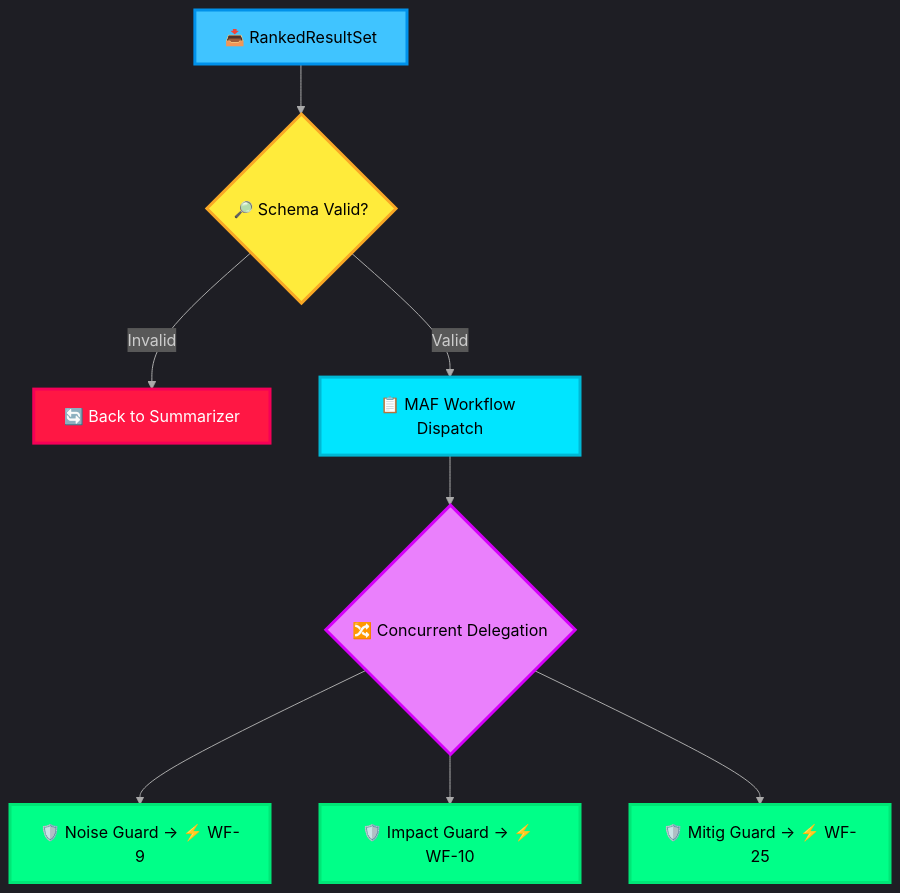
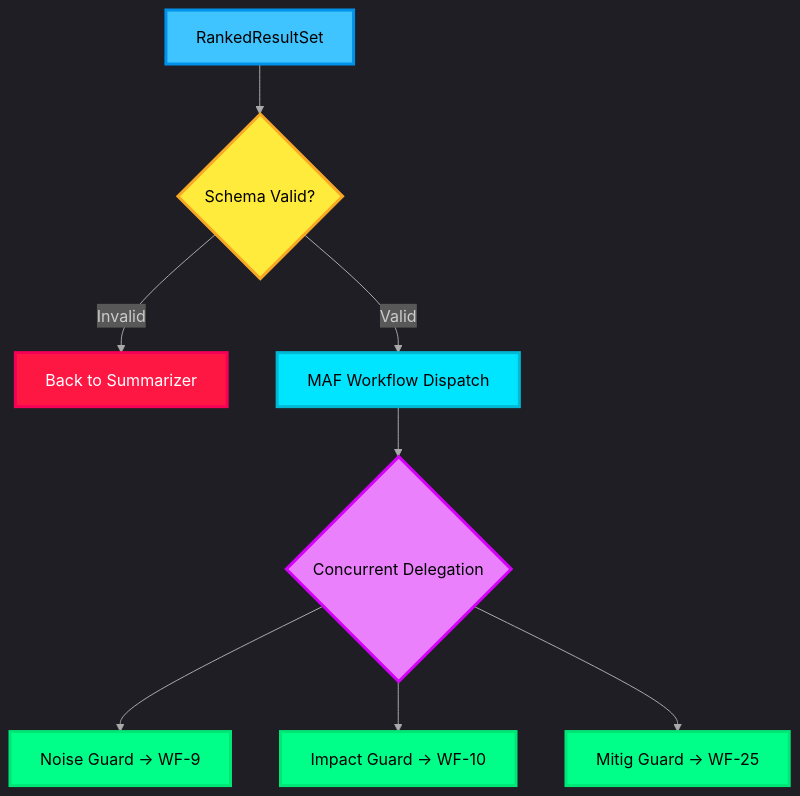
One commit to thanhauco/agentic-ai-icm-system changed the diagram in docs/08-supervisor-agent.md. Above: the diagram before and after it, drawn with Mermaid. The commit also changed 1 other file, not shown here.

Commit message:
docs: Add initial documentation for all major system components of the agentic AI ICM system.

````diff
--- a/docs/08-supervisor-agent.md
+++ b/docs/08-supervisor-agent.md
@@ -9,20 +9,20 @@
 ```mermaid
 %%{init: {'theme': 'dark', 'themeVariables': {'lineColor': '#AAAAAA'}}}%%
 graph TD
-    A["📥 RankedResultSet"] --> B{"🔎 Schema Valid?"}
-    B -->|Invalid| C["🔄 Back to Summarizer"]
-    B -->|Valid| D["📋 MAF Workflow Dispatch"]
-    D --> E{"🔀 Concurrent Delegation"}
-    E --> F["🛡️ Noise Guard → ⚡ WF-9"]
-    E --> G["🛡️ Impact Guard → ⚡ WF-10"]
-    E --> H["🛡️ Mitig Guard → ⚡ WF-25"]
+ A["RankedResultSet"] --> B{"Schema Valid?"}
+ B -->|Invalid| C["Back to Summarizer"]
+ B -->|Valid| D["MAF Workflow Dispatch"]
+ D --> E{"Concurrent Delegation"}
+ E --> F["Noise Guard → WF-9"]
+ E --> G["Impact Guard → WF-10"]
+ E --> H["Mitig Guard → WF-25"]
 
-    style A fill:#40C4FF,stroke:#0091EA,stroke-width:3px,color:#000
-    style B fill:#FFEB3B,stroke:#F9A825,stroke-width:3px,color:#000
-    style C fill:#FF1744,stroke:#F50057,stroke-width:3px,color:#fff
-    style D fill:#00E5FF,stroke:#00B8D4,stroke-width:3px,color:#000
-    style E fill:#EA80FC,stroke:#D500F9,stroke-width:3px,color:#000
-    style F fill:#00FF88,stroke:#00E676,stroke-width:3px,color:#000
-    style G fill:#00FF88,stroke:#00E676,stroke-width:3px,color:#000
-    style H fill:#00FF88,stroke:#00E676,stroke-width:3px,color:#000
+ style A fill:#40C4FF,stroke:#0091EA,stroke-width:3px,color:#000
+ style B fill:#FFEB3B,stroke:#F9A825,stroke-width:3px,color:#000
+ style C fill:#FF1744,stroke:#F50057,stroke-width:3px,color:#fff
+ style D fill:#00E5FF,stroke:#00B8D4,stroke-width:3px,color:#000
+ style E fill:#EA80FC,stroke:#D500F9,stroke-width:3px,color:#000
+ style F fill:#00FF88,stroke:#00E676,stroke-width:3px,color:#000
+ style G fill:#00FF88,stroke:#00E676,stroke-width:3px,color:#000
+ style H fill:#00FF88,stroke:#00E676,stroke-width:3px,color:#000
 ```
````
